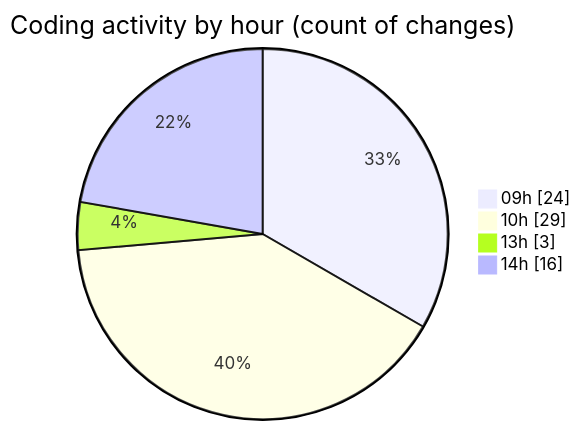
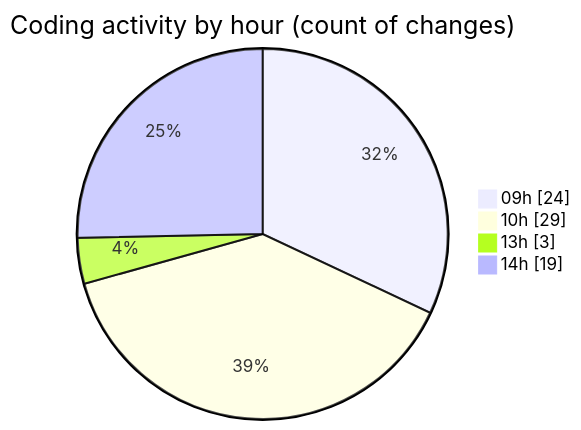
The second of 2 diagrams in 2025-05-08/myws__workspace_/README.md (MatusMokan/code-tracking), drawn with Mermaid before and after one commit. The commit also changed other lines of this file and 1 other file, not shown here.

````diff
--- a/2025-05-08/myws__workspace_/README.md
+++ b/2025-05-08/myws__workspace_/README.md
@@ -31,8 +31,8 @@
 ```mermaid
 pie showData
 title Coding activity by hour (count of changes)
 "09h" : 24
 "10h" : 29
 "13h" : 3
-"14h" : 16
+"14h" : 19
 ```
````
